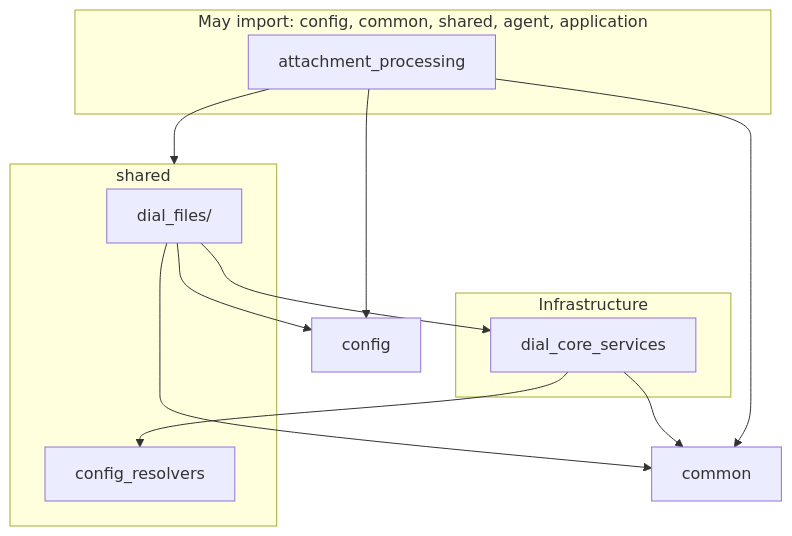
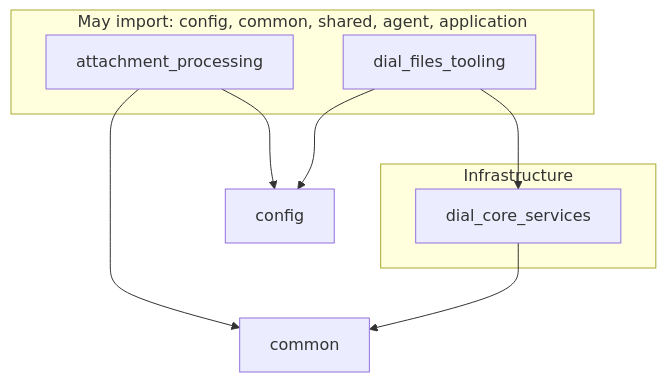
Before and after one commit to epam/ai-dial-quickapps-backend: the second of 2 diagrams in docs/designs/folder_context.md, drawn with Mermaid. The commit also changed other lines of this file and 44 other files, not shown here.

Commit message:
revert move to shared dial_files tools

````diff
--- a/docs/designs/folder_context.md
+++ b/docs/designs/folder_context.md
@@ -446,24 +393,17 @@
 ```mermaid
 flowchart TB
   subgraph allowed["May import: config, common, shared, agent, application"]
     AP["attachment_processing"]
-  end
-
-  subgraph shared_pkg["shared"]
-    DF["dial_files/"]
-    CR["config_resolvers"]
+    DFT["dial_files_tooling"]
   end
 
   subgraph infra["Infrastructure"]
     DCS["dial_core_services"]
   end
 
-  AP --> shared_pkg
   AP --> config
   AP --> common
-  DF --> DCS
-  DF --> common
-  DF --> config
+  DFT --> DCS
+  DFT --> config
   DCS --> common
-  DCS --> CR
 ```
````
